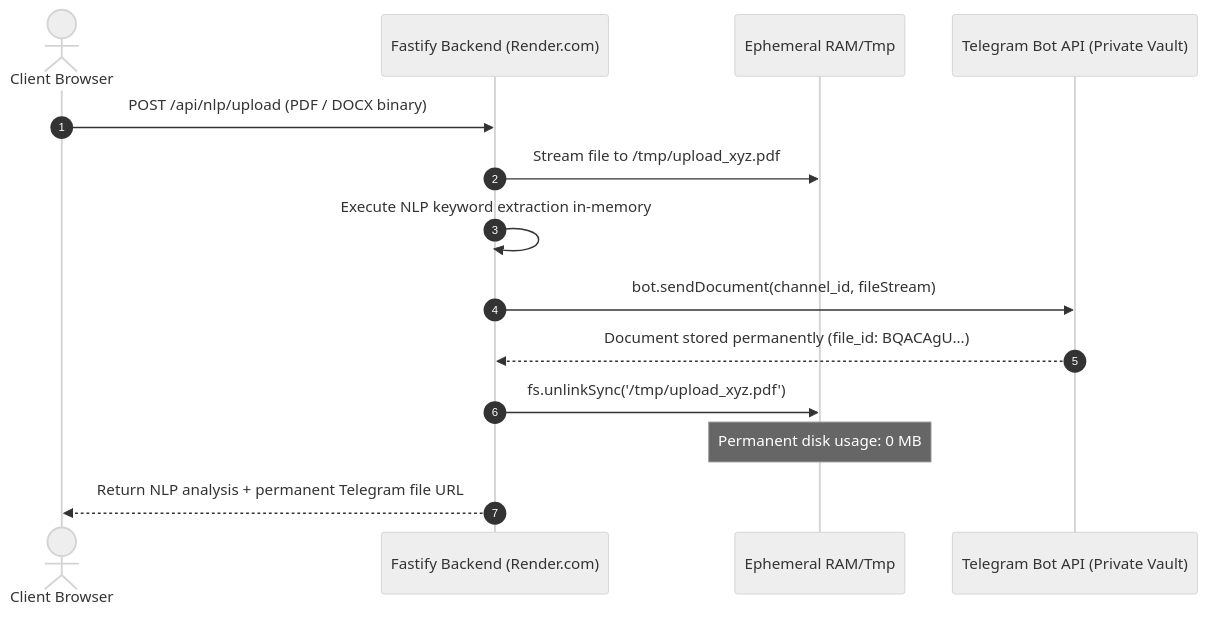
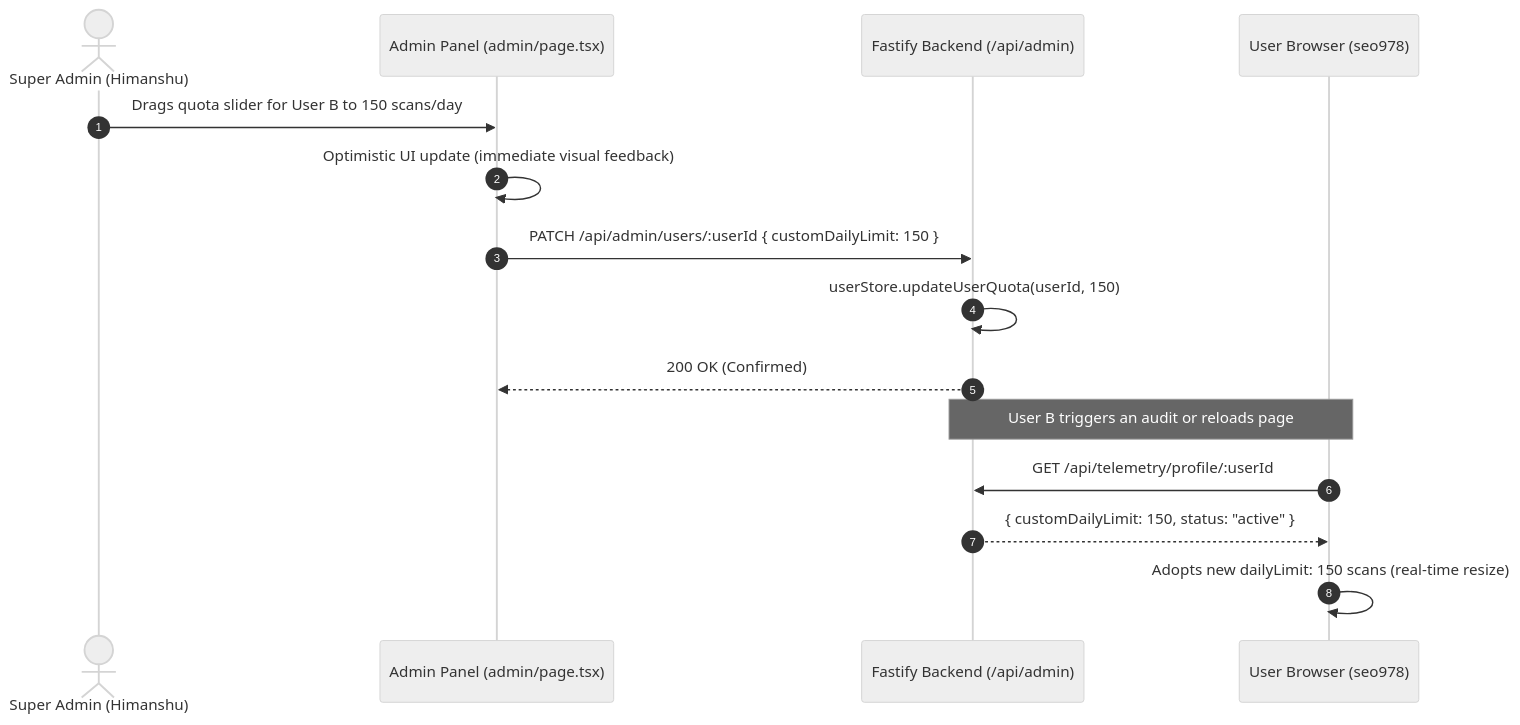
Before and after one commit to himanshulm9-debug/About-me: the fourth of 4 diagrams in docs/ENGINEERING_METHODS_AND_CONCEPTS.md, drawn with Mermaid (neutral theme). The commit also changed other lines of this file and 1 other file, not shown here.

Commit message:
docs: comprehensive UID and Google unification breakdown with state diagrams, tables, and algorithms

````diff
--- a/docs/ENGINEERING_METHODS_AND_CONCEPTS.md
+++ b/docs/ENGINEERING_METHODS_AND_CONCEPTS.md
@@ -208,17 +344,19 @@
 ```mermaid
 sequenceDiagram
     autonumber
-    actor User as Client Browser
-    participant API as Fastify Backend (Render.com)
-    participant Disk as Ephemeral RAM/Tmp
-    participant TG as Telegram Bot API (Private Vault)
+    actor Admin as Super Admin (Himanshu)
+    participant Panel as Admin Panel (admin/page.tsx)
+    participant API as Fastify Backend (/api/admin)
+    participant UserClient as User Browser (seo978)
 
-    User->>API: POST /api/nlp/upload (PDF / DOCX binary)
-    API->>Disk: Stream file to /tmp/upload_xyz.pdf
-    API->>API: Execute NLP keyword extraction in-memory
-    API->>TG: bot.sendDocument(channel_id, fileStream)
-    TG-->>API: Document stored permanently (file_id: BQACAgU...)
-    API->>Disk: fs.unlinkSync('/tmp/upload_xyz.pdf')
-    Note over Disk: Permanent disk usage: 0 MB
-    API-->>User: Return NLP analysis + permanent Telegram file URL
+    Admin->>Panel: Drags quota slider for User B to 150 scans/day
+    Panel->>Panel: Optimistic UI update (immediate visual feedback)
+    Panel->>API: PATCH /api/admin/users/:userId { customDailyLimit: 150 }
+    API->>API: userStore.updateUserQuota(userId, 150)
+    API-->>Panel: 200 OK (Confirmed)
+    
+    Note over UserClient,API: User B triggers an audit or reloads page
+    UserClient->>API: GET /api/telemetry/profile/:userId
+    API-->>UserClient: { customDailyLimit: 150, status: "active" }
+    UserClient->>UserClient: Adopts new dailyLimit: 150 scans (real-time resize)
 ```
````
